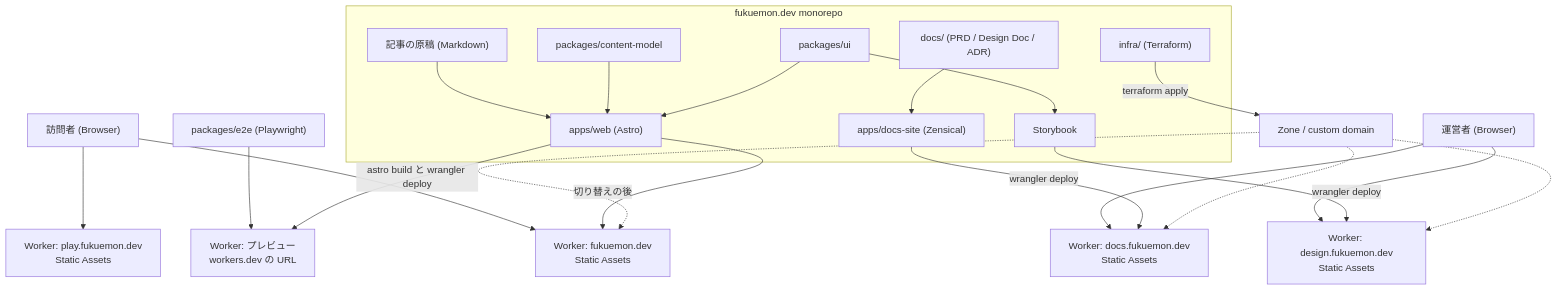
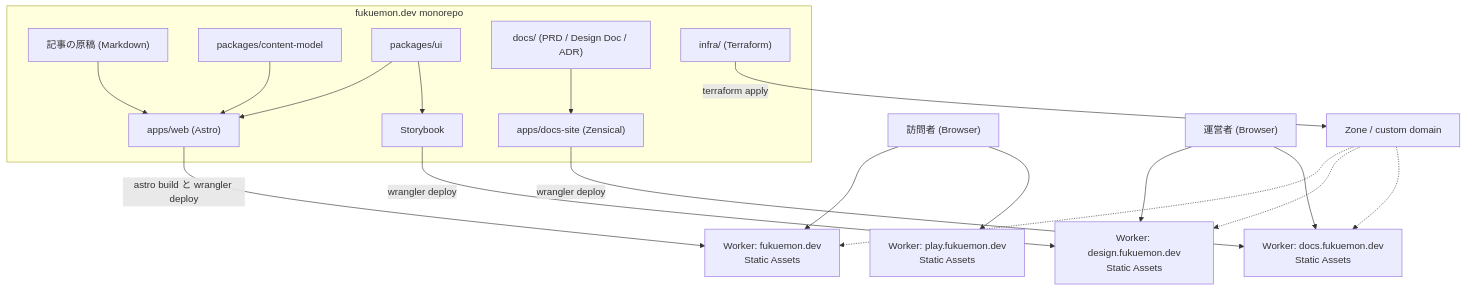
One commit to Fukuemon/fukuemon.dev changed the first of 2 diagrams in docs/design/DesignDoc.md. Above: the diagram before and after it, drawn with Mermaid. The commit also changed 9 other files, not shown here.

Commit message:
docs: 切り替えの前の期間だけの記述と図の消し残しを直す #256

````diff
--- a/docs/design/DesignDoc.md
+++ b/docs/design/DesignDoc.md
@@ -63,26 +63,24 @@
 ```mermaid
 flowchart TD
     reader["訪問者 (Browser)"] --> site["Worker: fukuemon.dev<br/>Static Assets"]
     reader --> play["Worker: play.fukuemon.dev<br/>Static Assets"]
     dev["運営者 (Browser)"] --> catalog["Worker: design.fukuemon.dev<br/>Static Assets"]
     dev --> docsw["Worker: docs.fukuemon.dev<br/>Static Assets"]
-    e2e["packages/e2e (Playwright)"] --> preview["Worker: プレビュー<br/>workers.dev の URL"]
 
     subgraph repo ["fukuemon.dev monorepo"]
         md["記事の原稿 (Markdown)"] --> web["apps/web (Astro)"]
         cm["packages/content-model"] --> web
         ui["packages/ui"] --> web
         ui --> sb["Storybook"]
         docs["docs/ (PRD / Design Doc / ADR)"] --> ds["apps/docs-site (Zensical)"]
         infra["infra/ (Terraform)"]
     end
 
-    web -->|"astro build と wrangler deploy"| preview
-    web -->|"切り替えの後"| site
+    web -->|"astro build と wrangler deploy"| site
     sb -->|"wrangler deploy"| catalog
     ds -->|"wrangler deploy"| docsw
     infra -->|"terraform apply"| cfbase["Zone / custom domain"]
     cfbase -.-> site
     cfbase -.-> catalog
     cfbase -.-> docsw
 ```
````
